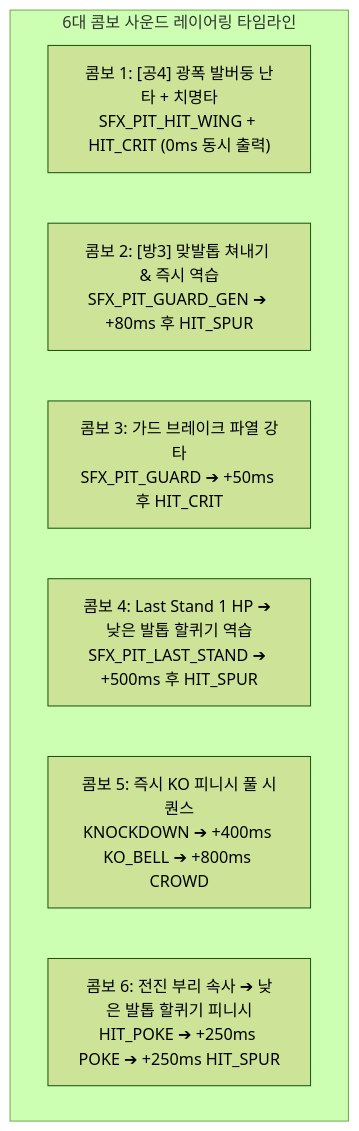
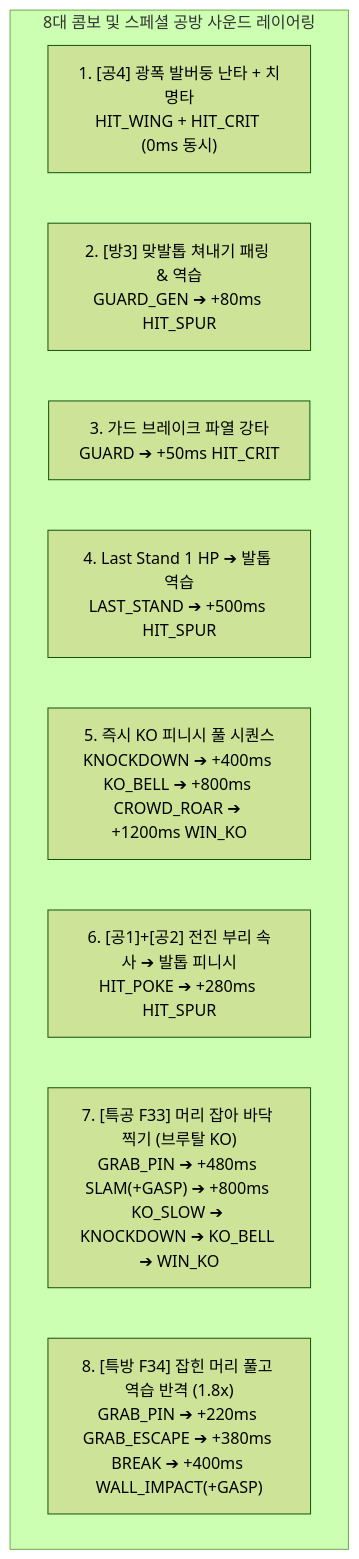
The third of 3 diagrams in docs/pit/docs/Rumble Pit 인게임 사운드 구성안.md (fingerfinger/rooster-rumble), drawn with Mermaid (forest theme) before and after one commit. The commit also changed other lines of this file and 276 other files, not shown here.

Commit message:
feat: Rumble Pit v4.0 스튜디오 실사 폴리 SFX 사운드보드 구축 및 웹보드 배포

````diff
--- a/docs/pit/docs/Rumble Pit 인게임 사운드 구성안.md
+++ b/docs/pit/docs/Rumble Pit 인게임 사운드 구성안.md
@@ -181,11 +235,13 @@
 ```mermaid
 graph TD
-    subgraph Combo_Audio_Layering ["6대 콤보 사운드 레이어링 타임라인"]
-        C1["콤보 1: [공4] 광폭 발버둥 난타 + 치명타<br>SFX_PIT_HIT_WING + HIT_CRIT (0ms 동시 출력)"]
-        C2["콤보 2: [방3] 맞발톱 쳐내기 & 즉시 역습<br>SFX_PIT_GUARD_GEN ➔ +80ms 후 HIT_SPUR"]
-        C3["콤보 3: 가드 브레이크 파열 강타<br>SFX_PIT_GUARD ➔ +50ms 후 HIT_CRIT"]
-        C4["콤보 4: Last Stand 1 HP ➔ 낮은 발톱 할퀴기 역습<br>SFX_PIT_LAST_STAND ➔ +500ms 후 HIT_SPUR"]
-        C5["콤보 5: 즉시 KO 피니시 풀 시퀀스<br>KNOCKDOWN ➔ +400ms KO_BELL ➔ +800ms CROWD"]
-        C6["콤보 6: 전진 부리 속사 ➔ 낮은 발톱 할퀴기 피니시<br>HIT_POKE ➔ +250ms POKE ➔ +250ms HIT_SPUR"]
+    subgraph Combo_Audio_Layering ["8대 콤보 및 스페셜 공방 사운드 레이어링"]
+        C1["1. [공4] 광폭 발버둥 난타 + 치명타<br>HIT_WING + HIT_CRIT (0ms 동시)"]
+        C2["2. [방3] 맞발톱 쳐내기 패링 & 역습<br>GUARD_GEN ➔ +80ms HIT_SPUR"]
+        C3["3. 가드 브레이크 파열 강타<br>GUARD ➔ +50ms HIT_CRIT"]
+        C4["4. Last Stand 1 HP ➔ 발톱 역습<br>LAST_STAND ➔ +500ms HIT_SPUR"]
+        C5["5. 즉시 KO 피니시 풀 시퀀스<br>KNOCKDOWN ➔ +400ms KO_BELL ➔ +800ms CROWD_ROAR ➔ +1200ms WIN_KO"]
+        C6["6. [공1]+[공2] 전진 부리 속사 ➔ 발톱 피니시<br>HIT_POKE ➔ +280ms HIT_SPUR"]
+        C7["7. [특공 F33] 머리 잡아 바닥 찍기 (브루탈 KO)<br>GRAB_PIN ➔ +480ms SLAM(+GASP) ➔ +800ms KO_SLOW ➔ KNOCKDOWN ➔ KO_BELL ➔ WIN_KO"]
+        C8["8. [특방 F34] 잡힌 머리 풀고 역습 반격 (1.8x)<br>GRAB_PIN ➔ +220ms GRAB_ESCAPE ➔ +380ms BREAK ➔ +400ms WALL_IMPACT(+GASP)"]
     end
 ```
````
